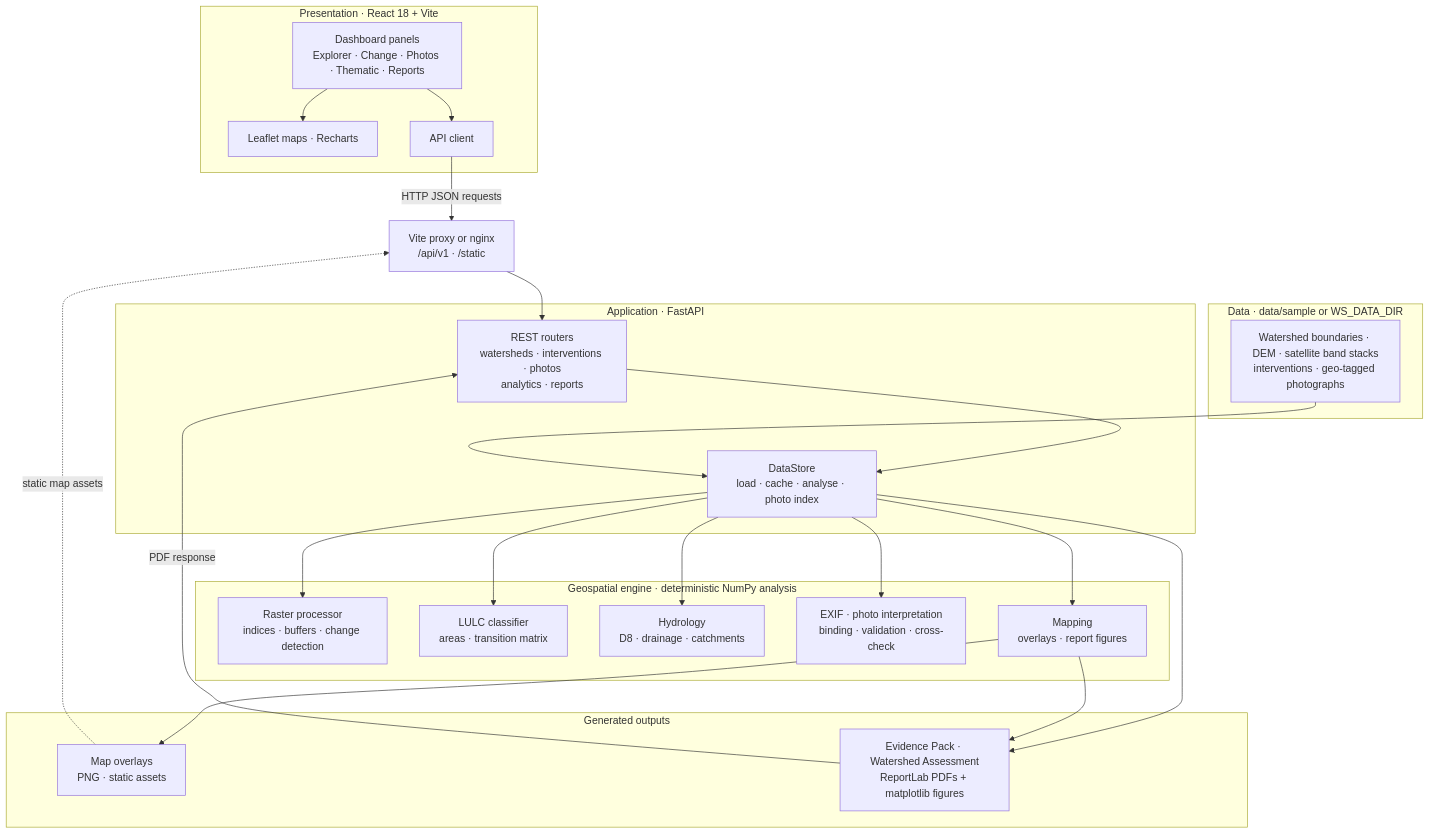
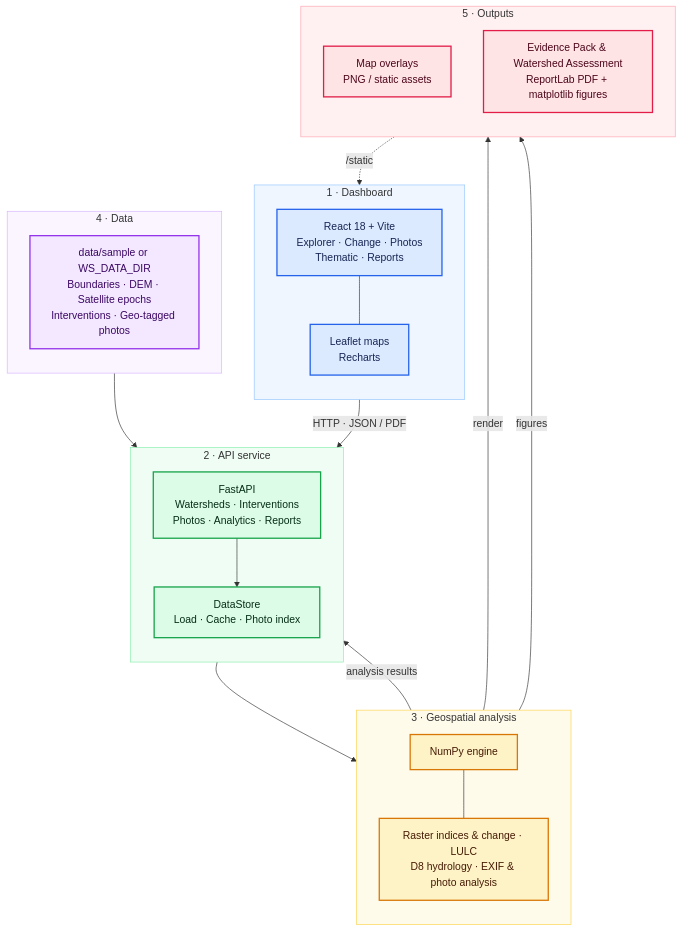
Before and after one commit to Yogeshsingh123-LAB/Watershed-Insight: the diagram in README.md, drawn with Mermaid.

Commit message:
docs: improve architecture diagrams

````diff
--- a/README.md
+++ b/README.md
@@ -84,48 +84,60 @@
 ```mermaid
 flowchart TB
-    subgraph UI[Presentation · React 18 + Vite]
-        Dashboard[Dashboard panels<br/>Explorer · Change · Photos · Thematic · Reports]
-        MapCharts[Leaflet maps · Recharts]
-        ApiClient[API client]
-        Dashboard --> MapCharts
-        Dashboard --> ApiClient
+    %% Colour-coded system layers
+    subgraph CLIENT["1 · Dashboard"]
+        direction TB
+        UI["React 18 + Vite<br/>Explorer · Change · Photos<br/>Thematic · Reports"]
+        VIS["Leaflet maps<br/>Recharts"]
+        UI --- VIS
     end
 
-    Proxy[Vite proxy or nginx<br/>/api/v1 · /static]
-    ApiClient -->|HTTP JSON requests| Proxy
+    subgraph SERVICE["2 · API service"]
+        direction TB
+        API["FastAPI<br/>Watersheds · Interventions<br/>Photos · Analytics · Reports"]
+        STORE["DataStore<br/>Load · Cache · Photo index"]
+        API --> STORE
+    end
 
-    subgraph API[Application · FastAPI]
-        Routers[REST routers<br/>watersheds · interventions · photos<br/>analytics · reports]
-        Store[DataStore<br/>load · cache · analyse · photo index]
-        Routers --> Store
+    subgraph ANALYSIS["3 · Geospatial analysis"]
+        direction TB
+        GEO["NumPy engine"]
+        GEODETAIL["Raster indices & change · LULC<br/>D8 hydrology · EXIF & photo analysis"]
+        GEO --- GEODETAIL
     end
-    Proxy --> Routers
 
-    subgraph Engine[Geospatial engine · deterministic NumPy analysis]
-        Raster[Raster processor<br/>indices · buffers · change detection]
-        LULC[LULC classifier<br/>areas · transition matrix]
-        Hydro[Hydrology<br/>D8 · drainage · catchments]
-        Photo[EXIF · photo interpretation<br/>binding · validation · cross-check]
-        Mapping[Mapping<br/>overlays · report figures]
+    subgraph STORAGE["4 · Data"]
+        direction TB
+        DATA["data/sample or WS_DATA_DIR<br/>Boundaries · DEM · Satellite epochs<br/>Interventions · Geo-tagged photos"]
     end
-    Store --> Raster
-    Store --> LULC
-    Store --> Hydro
-    Store --> Photo
-    Store --> Mapping
 
-    subgraph Data[Data · data/sample or WS_DATA_DIR]
-        Inputs[Watershed boundaries · DEM · satellite band stacks<br/>interventions · geo-tagged photographs]
+    subgraph RESULTS["5 · Outputs"]
+        direction TB
+        MAPS["Map overlays<br/>PNG / static assets"]
+        PDF["Evidence Pack & Watershed Assessment<br/>ReportLab PDF + matplotlib figures"]
     end
-    Inputs --> Store
 
-    subgraph Outputs[Generated outputs]
-        Overlays[Map overlays<br/>PNG · static assets]
-        PDFs[Evidence Pack · Watershed Assessment<br/>ReportLab PDFs + matplotlib figures]
-    end
-    Mapping --> Overlays
-    Overlays -.->|static map assets| Proxy
-    Store --> PDFs
-    Mapping --> PDFs
-    PDFs -->|PDF response| Routers
+    UI -->|"HTTP · JSON / PDF"| API
+    STORE --> GEO
+    DATA --> STORE
+    GEO -->|"analysis results"| API
+    GEO -->|"render"| MAPS
+    GEO -->|"figures"| PDF
+    MAPS -.->|"/static"| UI
+
+    classDef client fill:#dbeafe,stroke:#2563eb,color:#172554,stroke-width:2px;
+    classDef service fill:#dcfce7,stroke:#16a34a,color:#052e16,stroke-width:2px;
+    classDef analysis fill:#fef3c7,stroke:#d97706,color:#451a03,stroke-width:2px;
+    classDef storage fill:#f3e8ff,stroke:#9333ea,color:#3b0764,stroke-width:2px;
+    classDef output fill:#ffe4e6,stroke:#e11d48,color:#4c0519,stroke-width:2px;
+    class UI,VIS client;
+    class API,STORE service;
+    class GEO,GEODETAIL analysis;
+    class DATA storage;
+    class MAPS,PDF output;
+
+    style CLIENT fill:#eff6ff,stroke:#93c5fd,stroke-width:1px;
+    style SERVICE fill:#f0fdf4,stroke:#86efac,stroke-width:1px;
+    style ANALYSIS fill:#fffbeb,stroke:#fcd34d,stroke-width:1px;
+    style STORAGE fill:#faf5ff,stroke:#d8b4fe,stroke-width:1px;
+    style RESULTS fill:#fff1f2,stroke:#fda4af,stroke-width:1px;
 ```
````
